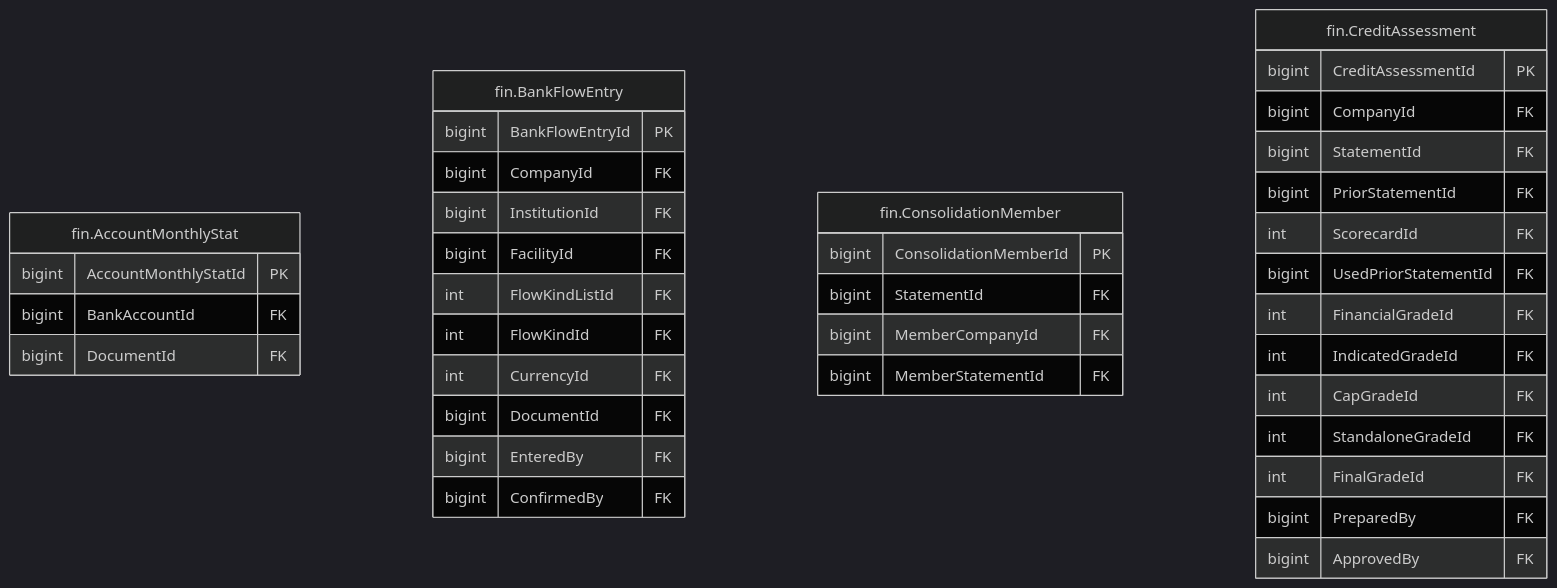
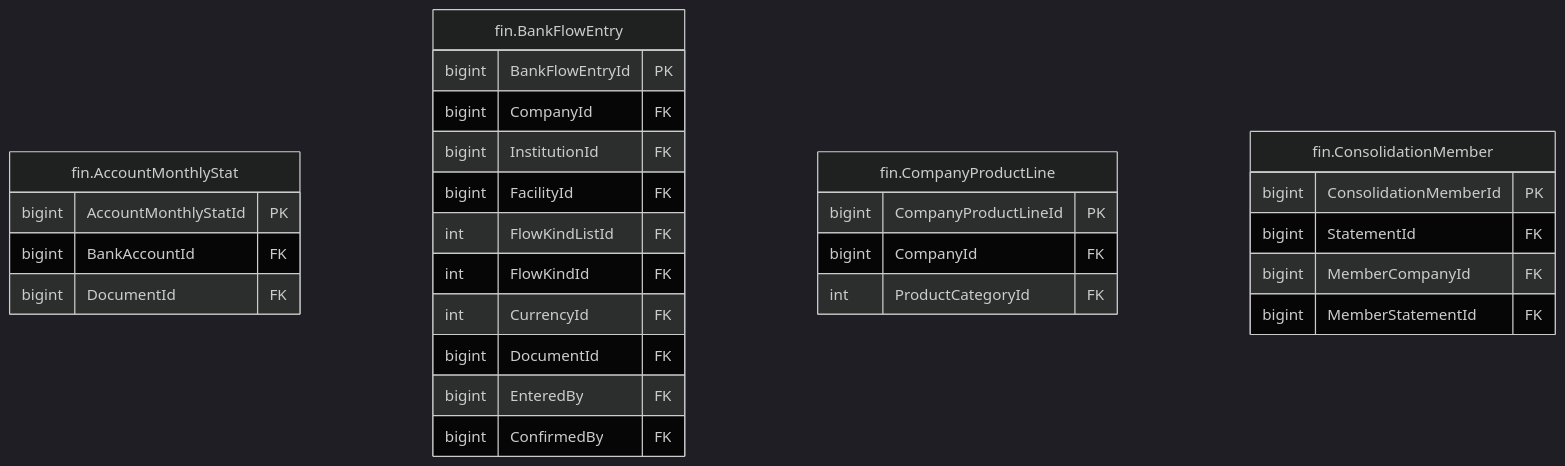
The diagram in treasury-platform/docs/diagrams/erd/m5_financials_1.mmd (thawrasy/smartlines), drawn with Mermaid (dark theme) before and after one commit. The commit also changed 201 other files, not shown here.

First line of the commit message:
Credit assessment v2: item by item, linked to the platform, with scenarios and strengthening plans

```diff
--- a/treasury-platform/docs/diagrams/erd/m5_financials_1.mmd
+++ b/treasury-platform/docs/diagrams/erd/m5_financials_1.mmd
@@ -1,40 +1,30 @@
-%% م5 · البيانات المالية والأرصدة (1/5) — Financial statements & balances
+%% م5 · البيانات المالية والأرصدة (1/11) — Financial statements & balances
 erDiagram
   fin_AccountMonthlyStat["fin.AccountMonthlyStat"] {
     bigint AccountMonthlyStatId PK
     bigint BankAccountId FK
     bigint DocumentId FK
   }
   fin_BankFlowEntry["fin.BankFlowEntry"] {
     bigint BankFlowEntryId PK
     bigint CompanyId FK
     bigint InstitutionId FK
     bigint FacilityId FK
     int FlowKindListId FK
     int FlowKindId FK
     int CurrencyId FK
     bigint DocumentId FK
     bigint EnteredBy FK
     bigint ConfirmedBy FK
   }
+  fin_CompanyProductLine["fin.CompanyProductLine"] {
+    bigint CompanyProductLineId PK
+    bigint CompanyId FK
+    int ProductCategoryId FK
+  }
   fin_ConsolidationMember["fin.ConsolidationMember"] {
     bigint ConsolidationMemberId PK
     bigint StatementId FK
     bigint MemberCompanyId FK
     bigint MemberStatementId FK
   }
-  fin_CreditAssessment["fin.CreditAssessment"] {
-    bigint CreditAssessmentId PK
-    bigint CompanyId FK
-    bigint StatementId FK
-    bigint PriorStatementId FK
-    int ScorecardId FK
-    bigint UsedPriorStatementId FK
-    int FinancialGradeId FK
-    int IndicatedGradeId FK
-    int CapGradeId FK
-    int StandaloneGradeId FK
-    int FinalGradeId FK
-    bigint PreparedBy FK
-    bigint ApprovedBy FK
-  }
```
